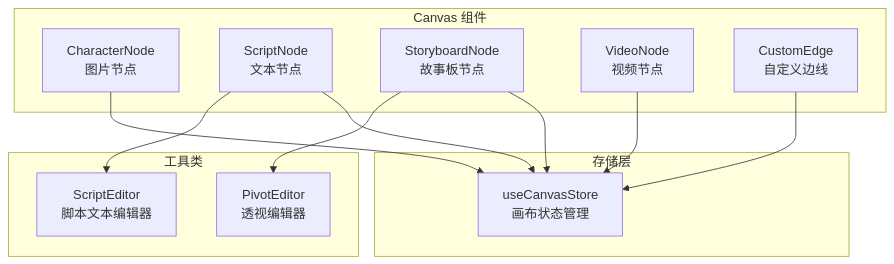
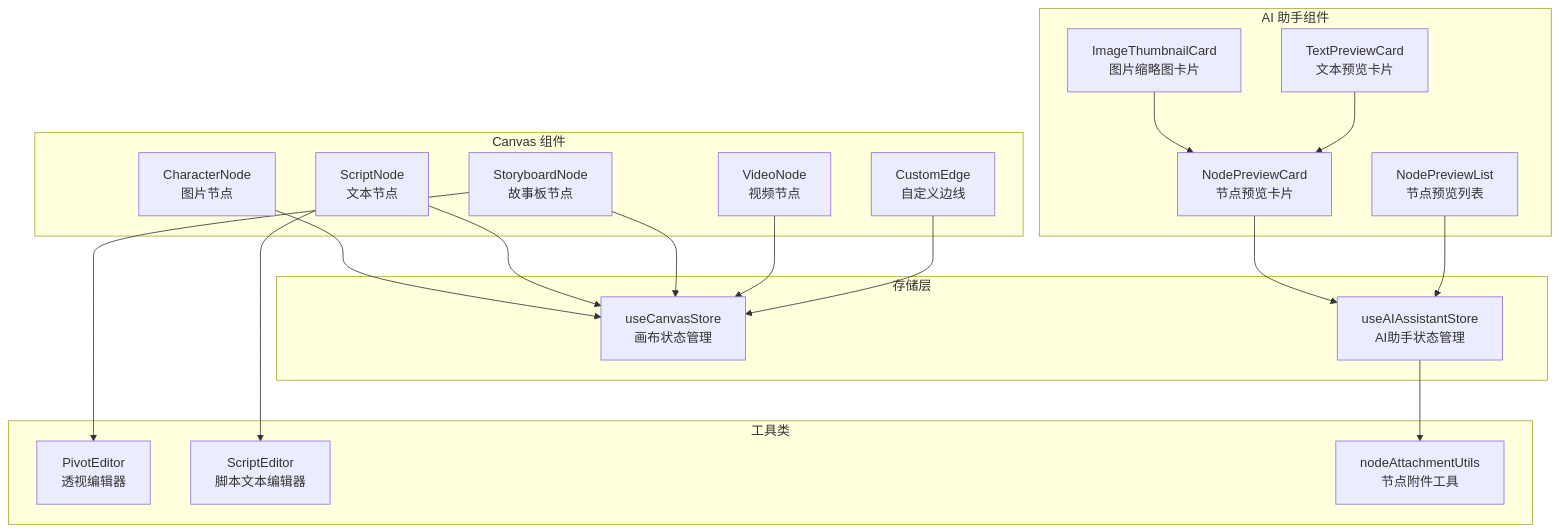
The first of 12 diagrams in .qoder/repowiki/zh/content/前端应用架构/UI组件库/AI助手组件/节点预览组件系统.md (KunLabAI/KunFlix), drawn with Mermaid before and after one commit. The commit also changed other lines of this file and 32 other files, not shown here.

````diff
--- a/.qoder/repowiki/zh/content/前端应用架构/UI组件库/AI助手组件/节点预览组件系统.md
+++ b/.qoder/repowiki/zh/content/前端应用架构/UI组件库/AI助手组件/节点预览组件系统.md
@@ -43,24 +58,37 @@
 ```mermaid
 graph TB
 subgraph "Canvas 组件"
 CN[CharacterNode<br/>图片节点]
 SN[ScriptNode<br/>文本节点]
 SB[StoryboardNode<br/>故事板节点]
 VN[VideoNode<br/>视频节点]
 CE[CustomEdge<br/>自定义边线]
 end
+subgraph "AI 助手组件"
+NPC[NodePreviewCard<br/>节点预览卡片]
+NPL[NodePreviewList<br/>节点预览列表]
+ITC[ImageThumbnailCard<br/>图片缩略图卡片]
+TPC[TextPreviewCard<br/>文本预览卡片]
+end
 subgraph "存储层"
 CS[useCanvasStore<br/>画布状态管理]
+AS[useAIAssistantStore<br/>AI助手状态管理]
 end
 subgraph "工具类"
 PE[PivotEditor<br/>透视编辑器]
 SE[ScriptEditor<br/>脚本文本编辑器]
+NAU[nodeAttachmentUtils<br/>节点附件工具]
 end
 CN --> CS
 SN --> CS
 SB --> CS
 VN --> CS
 CE --> CS
+NPC --> AS
+NPL --> AS
+ITC --> NPC
+TPC --> NPC
+AS --> NAU
 SB --> PE
 SN --> SE
 ```
````
